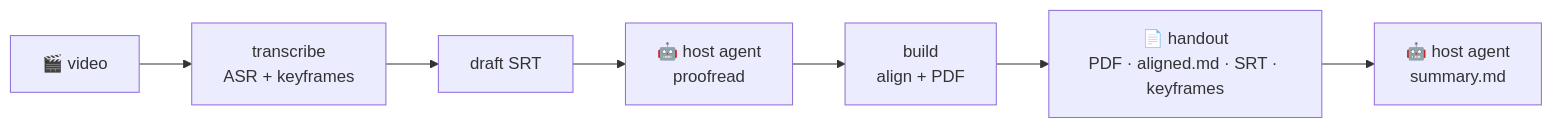
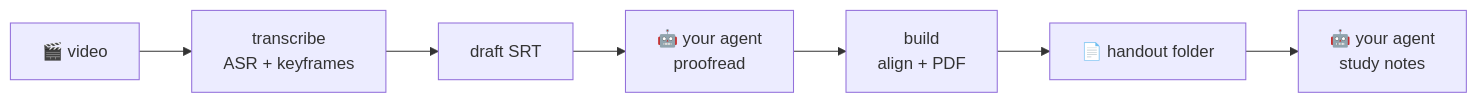
The diagram in README.en.md (luolin1024/chalkpress-skill), drawn with Mermaid before and after one commit. The commit also changed other lines of this file and 2 other files, not shown here.

Commit message:
docs: README 转向通用 agent + 考试人群定位——快速开始收敛为一句话给 agent；CLI 细节沉入 FAQ；推广文案同步简化

````diff
--- a/README.en.md
+++ b/README.en.md
@@ -64,9 +45,9 @@
 ```mermaid
 graph LR
     A[🎬 video] --> T[transcribe<br>ASR + keyframes]
     T --> D[draft SRT]
-    D --> P[🤖 host agent<br>proofread]
+    D --> P[🤖 your agent<br>proofread]
     P --> B[build<br>align + PDF]
-    B --> H[📄 handout<br>PDF · aligned.md · SRT · keyframes]
-    H --> S[🤖 host agent<br>summary.md]
+    B --> H[📄 handout folder]
+    H --> S[🤖 your agent<br>study notes]
 ```
````
